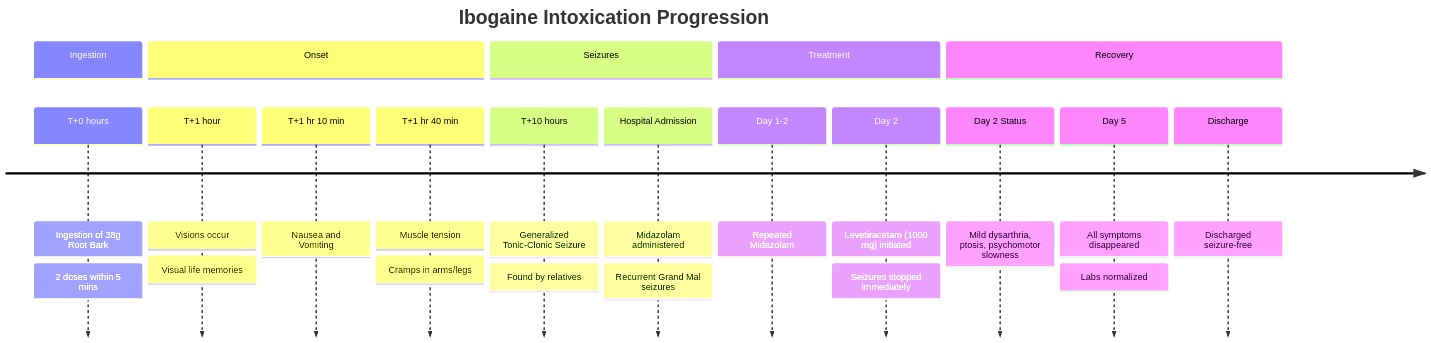
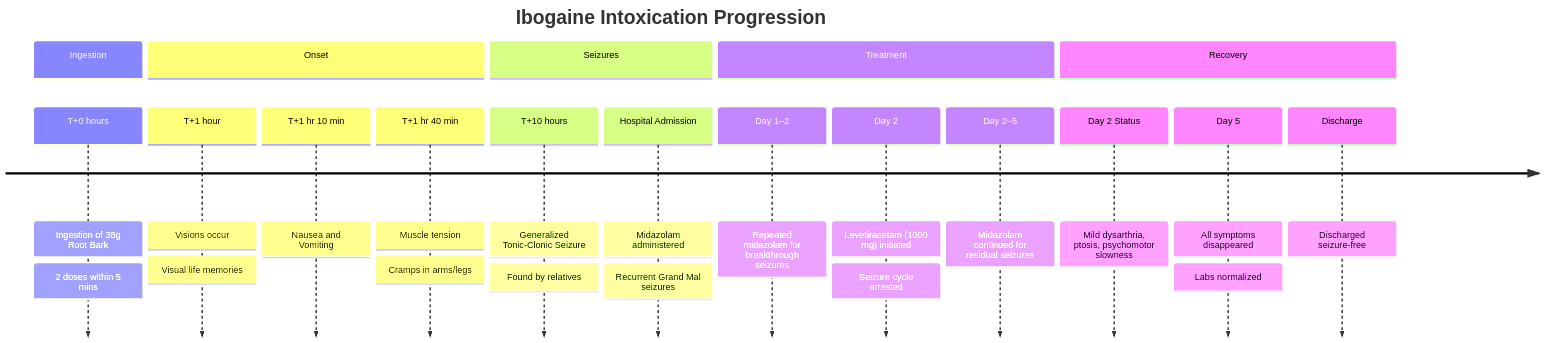
One commit to GforVendetta/IbogaineVault changed the diagram in 2015/Breuer2015_Herbal_Seizures_Case_Report.md. Above: the diagram before and after it, drawn with Mermaid. The commit also changed other lines of this file and 345 other files, not shown here.

````diff
--- a/2015/Breuer2015_Herbal_Seizures_Case_Report.md
+++ b/2015/Breuer2015_Herbal_Seizures_Case_Report.md
@@ -99,28 +105,28 @@
 ```mermaid
 timeline
     title Ibogaine Intoxication Progression
     section Ingestion
         T+0 hours : Ingestion of 38g Root Bark
                   : 2 doses within 5 mins
     section Onset
         T+1 hour : Visions occur
                  : Visual life memories
         T+1 hr 10 min : Nausea and Vomiting
         T+1 hr 40 min : Muscle tension
                       : Cramps in arms/legs
     section Seizures
         T+10 hours : Generalized Tonic-Clonic Seizure
                    : Found by relatives
         Hospital Admission : Midazolam administered
                            : Recurrent Grand Mal seizures
     section Treatment
-        Day 1-2 : Repeated Midazolam
+        Day 1–2 : Repeated midazolam for breakthrough seizures
         Day 2 : Levetiracetam (1000 mg) initiated
-              : Seizures stopped immediately
+              : Seizure cycle arrested
+        Day 2–5 : Midazolam continued for residual seizures
     section Recovery
         Day 2 Status : Mild dysarthria, ptosis, psychomotor slowness
         Day 5 : All symptoms disappeared
               : Labs normalized
         Discharge : Discharged seizure-free
-
 ```
````
